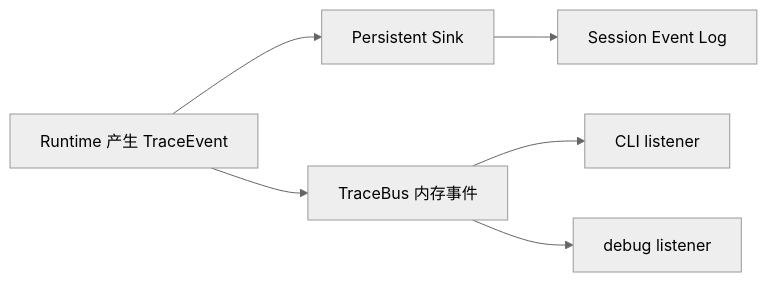
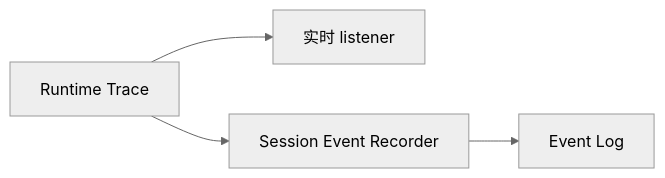
The ninth of 9 diagrams in docs/09-persistence-recovery-observability.md (Arthur999459up/GitAgent), drawn with Mermaid (neutral theme) before and after one commit. The commit also changed other lines of this file and 15 other files, not shown here.

````diff
--- a/docs/09-persistence-recovery-observability.md
+++ b/docs/09-persistence-recovery-observability.md
@@ -691,8 +301,6 @@
 ```mermaid
 flowchart LR
-    E[Runtime 产生 TraceEvent] --> P[Persistent Sink]
-    P --> EL[Session Event Log]
-    E --> MEM[TraceBus 内存事件]
-    MEM --> L1[CLI listener]
-    MEM --> L2[debug listener]
+    R[Runtime Trace] --> L[实时 listener]
+    R --> S[Session Event Recorder]
+    S --> E[Event Log]
 ```
````
